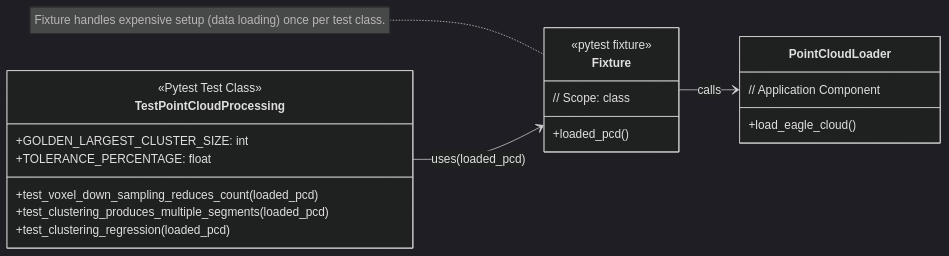
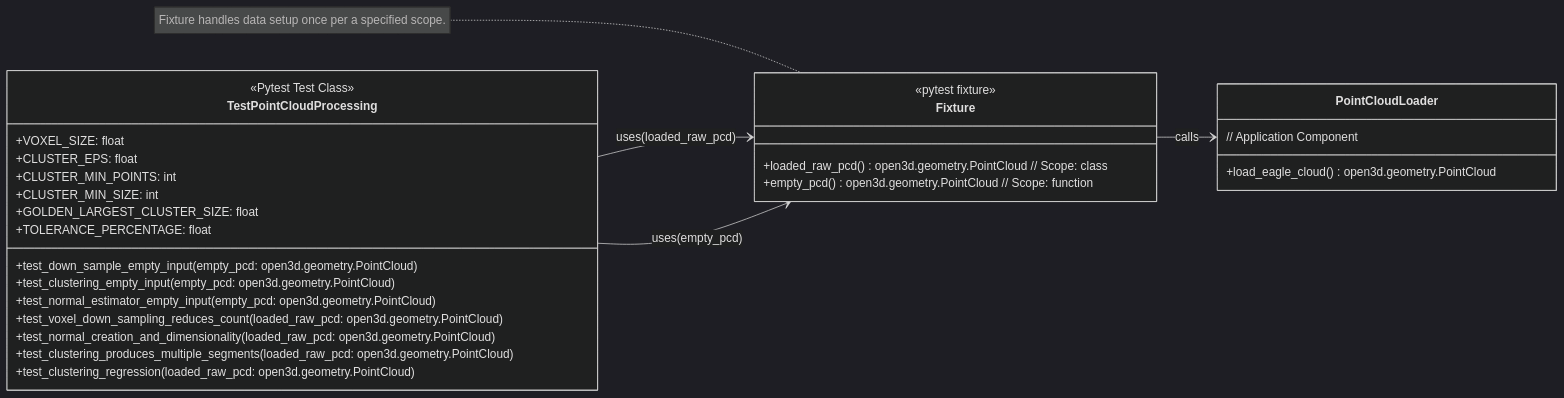
The third of 3 diagrams in docs/pcp_pipeline.md (DaikiMaekawa2/augmentus_assignment), drawn with Mermaid (dark theme) before and after one commit. The commit also changed other lines of this file and 1 other file, not shown here.

Commit message:
update architecture diagram to better reflect the latest code changes

````diff
--- a/docs/pcp_pipeline.md
+++ b/docs/pcp_pipeline.md
@@ -70,30 +69,39 @@
 ```mermaid
 classDiagram
     direction LR
 
     class Fixture {
         <<pytest fixture>>
-        +loaded_pcd()
-        // Scope: class
+        +loaded_raw_pcd() open3d.geometry.PointCloud // Scope: class
+        +empty_pcd() open3d.geometry.PointCloud // Scope: function
     }
 
     class TestPointCloudProcessing {
         <<Pytest Test Class>>
-        +GOLDEN_LARGEST_CLUSTER_SIZE: int
+        +VOXEL_SIZE: float
+        +CLUSTER_EPS: float
+        +CLUSTER_MIN_POINTS: int
+        +CLUSTER_MIN_SIZE: int
+        +GOLDEN_LARGEST_CLUSTER_SIZE: float
         +TOLERANCE_PERCENTAGE: float
         
-        +test_voxel_down_sampling_reduces_count(loaded_pcd)
-        +test_clustering_produces_multiple_segments(loaded_pcd)
-        +test_clustering_regression(loaded_pcd)
+        +test_down_sample_empty_input(empty_pcd: open3d.geometry.PointCloud)
+        +test_clustering_empty_input(empty_pcd: open3d.geometry.PointCloud)
+        +test_normal_estimator_empty_input(empty_pcd: open3d.geometry.PointCloud)
+        +test_voxel_down_sampling_reduces_count(loaded_raw_pcd: open3d.geometry.PointCloud)
+        +test_normal_creation_and_dimensionality(loaded_raw_pcd: open3d.geometry.PointCloud)
+        +test_clustering_produces_multiple_segments(loaded_raw_pcd: open3d.geometry.PointCloud)
+        +test_clustering_regression(loaded_raw_pcd: open3d.geometry.PointCloud)
     }
 
     class PointCloudLoader {
         // Application Component
-        +load_eagle_cloud()
+        +load_eagle_cloud() open3d.geometry.PointCloud
     }
     
-    TestPointCloudProcessing --> Fixture : uses(loaded_pcd)
+    TestPointCloudProcessing --> Fixture : uses(loaded_raw_pcd)
+    TestPointCloudProcessing --> Fixture : uses(empty_pcd)
     Fixture --> PointCloudLoader : calls
     
-    note for Fixture "Fixture handles expensive setup (data loading) once per test class."
+    note for Fixture "Fixture handles data setup once per a specified scope."
 ```
````
